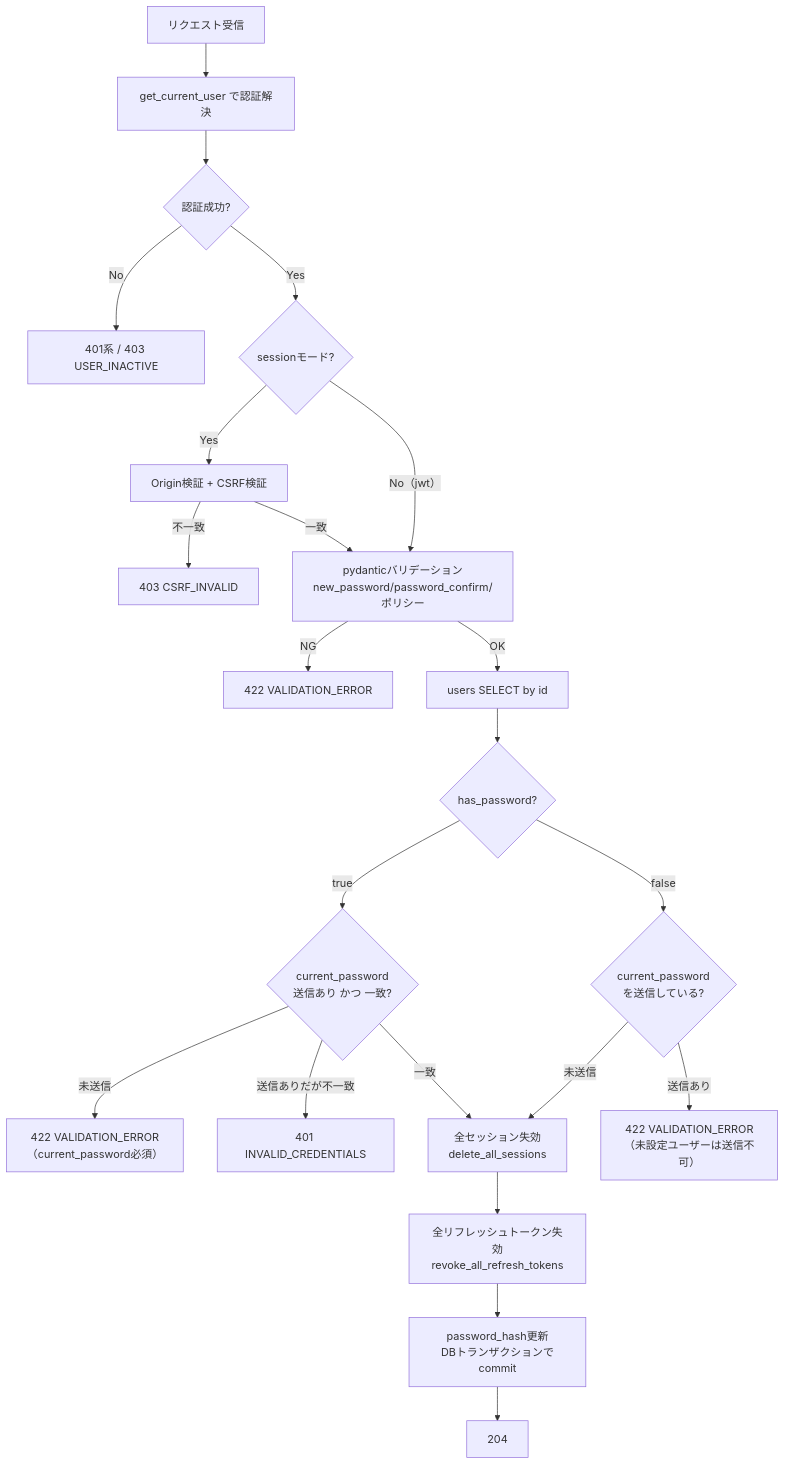
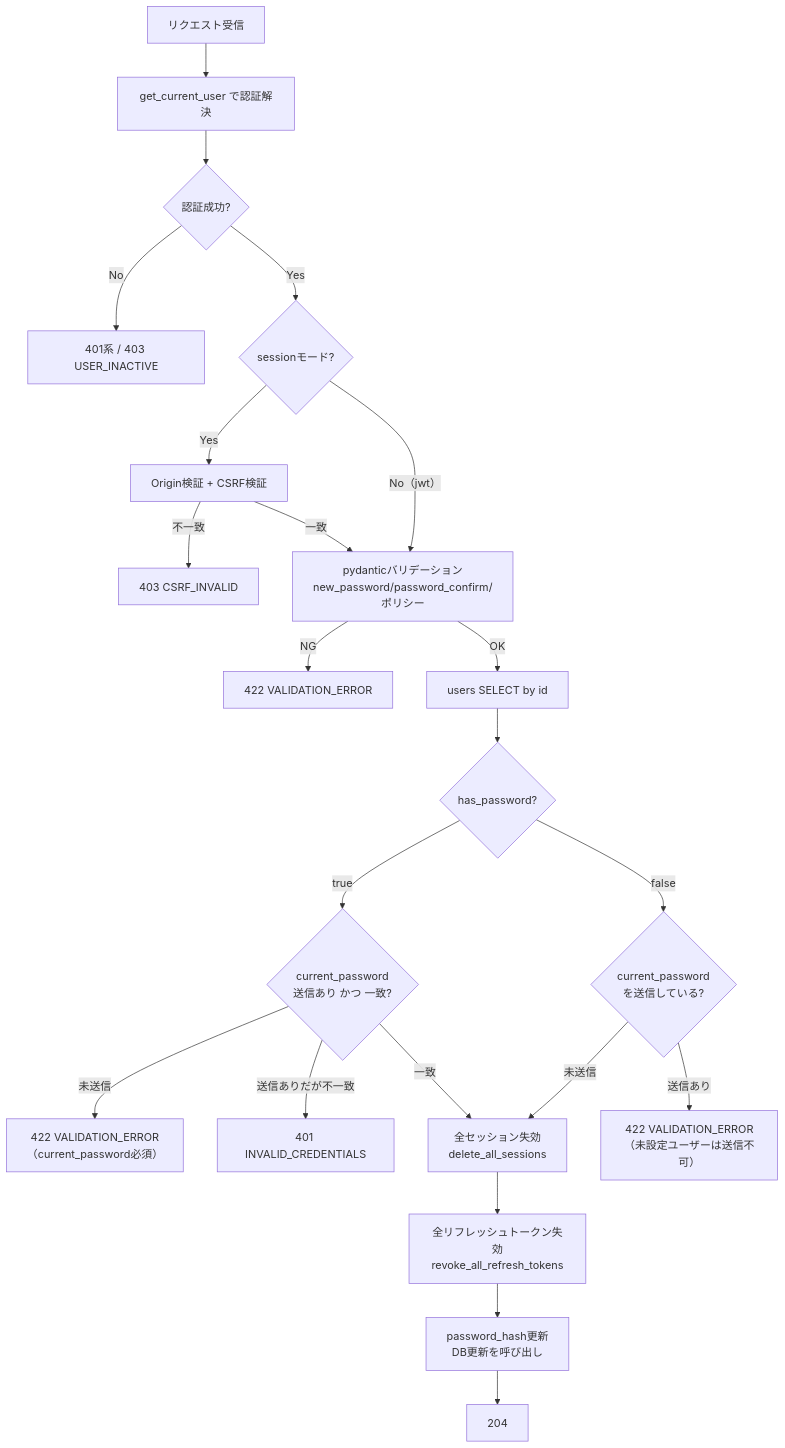
One commit to oikawa-d/task_management changed the second of 4 diagrams in docs/detailed_design/api/users/03_put_users_me_password.md. Above: the diagram before and after it, drawn with Mermaid. The commit also changed other lines of this file and 2 other files, not shown here.

````diff
--- a/docs/detailed_design/api/users/03_put_users_me_password.md
+++ b/docs/detailed_design/api/users/03_put_users_me_password.md
@@ -128,24 +128,24 @@
 ```mermaid
 flowchart TB
     A["リクエスト受信"] --> B["get_current_user で認証解決"]
     B --> C{"認証成功?"}
     C -->|"No"| E1["401系 / 403 USER_INACTIVE"]
     C -->|"Yes"| D{"sessionモード?"}
     D -->|"Yes"| E["Origin検証 + CSRF検証"]
     E -->|"不一致"| E2["403 CSRF_INVALID"]
     E -->|"一致"| F["pydanticバリデーション<br/>new_password/password_confirm/ポリシー"]
     D -->|"No（jwt）"| F
     F -->|"NG"| E3["422 VALIDATION_ERROR"]
     F -->|"OK"| G["users SELECT by id"]
     G --> H{"has_password?"}
     H -->|"true"| I{"current_password<br/>送信あり かつ 一致?"}
     I -->|"未送信"| E4["422 VALIDATION_ERROR<br/>（current_password必須）"]
     I -->|"送信ありだが不一致"| E5["401 INVALID_CREDENTIALS"]
     I -->|"一致"| J["全セッション失効<br/>delete_all_sessions"]
     H -->|"false"| K{"current_password<br/>を送信している?"}
     K -->|"送信あり"| E6["422 VALIDATION_ERROR<br/>（未設定ユーザーは送信不可）"]
     K -->|"未送信"| J
     J --> L["全リフレッシュトークン失効<br/>revoke_all_refresh_tokens"]
-    L --> M["password_hash更新<br/>DBトランザクションでcommit"]
+    L --> M["password_hash更新<br/>DB更新を呼び出し"]
     M --> N["204"]
 ```
````
